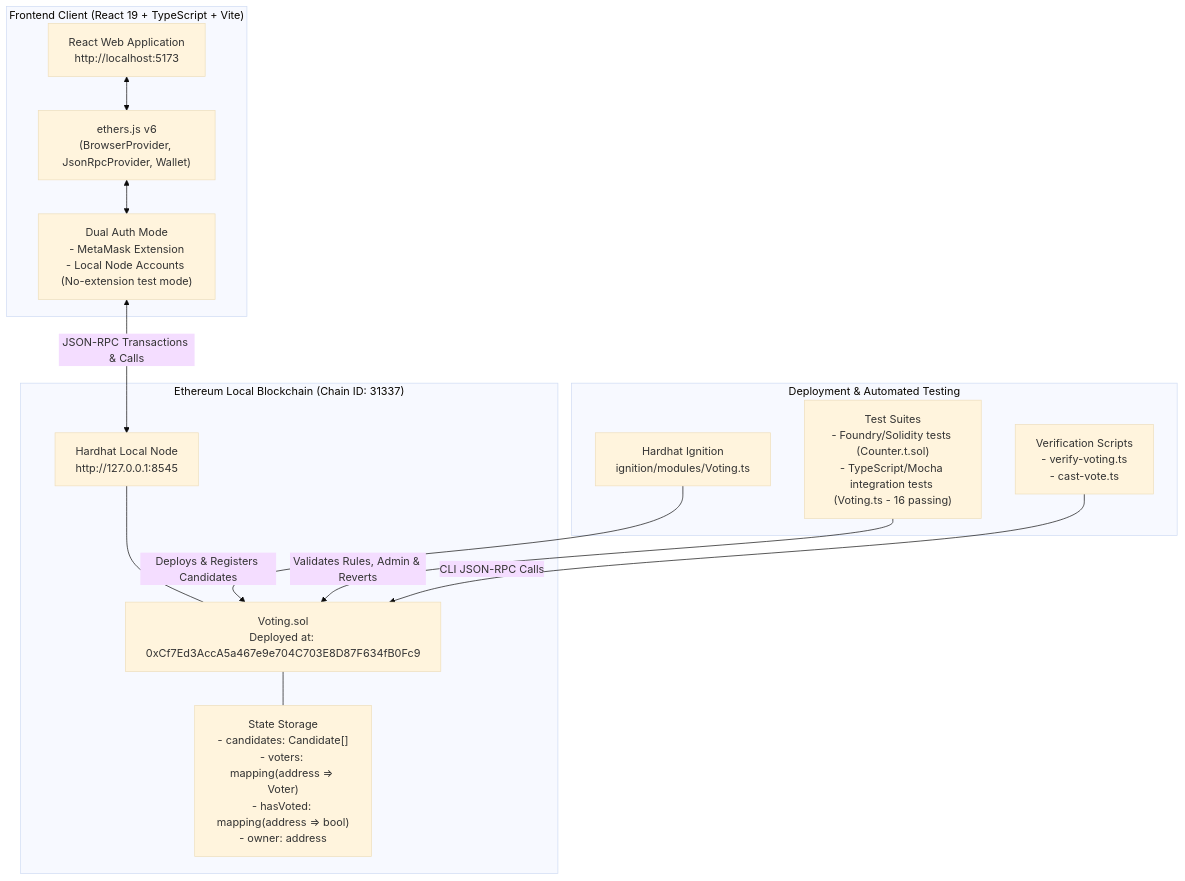
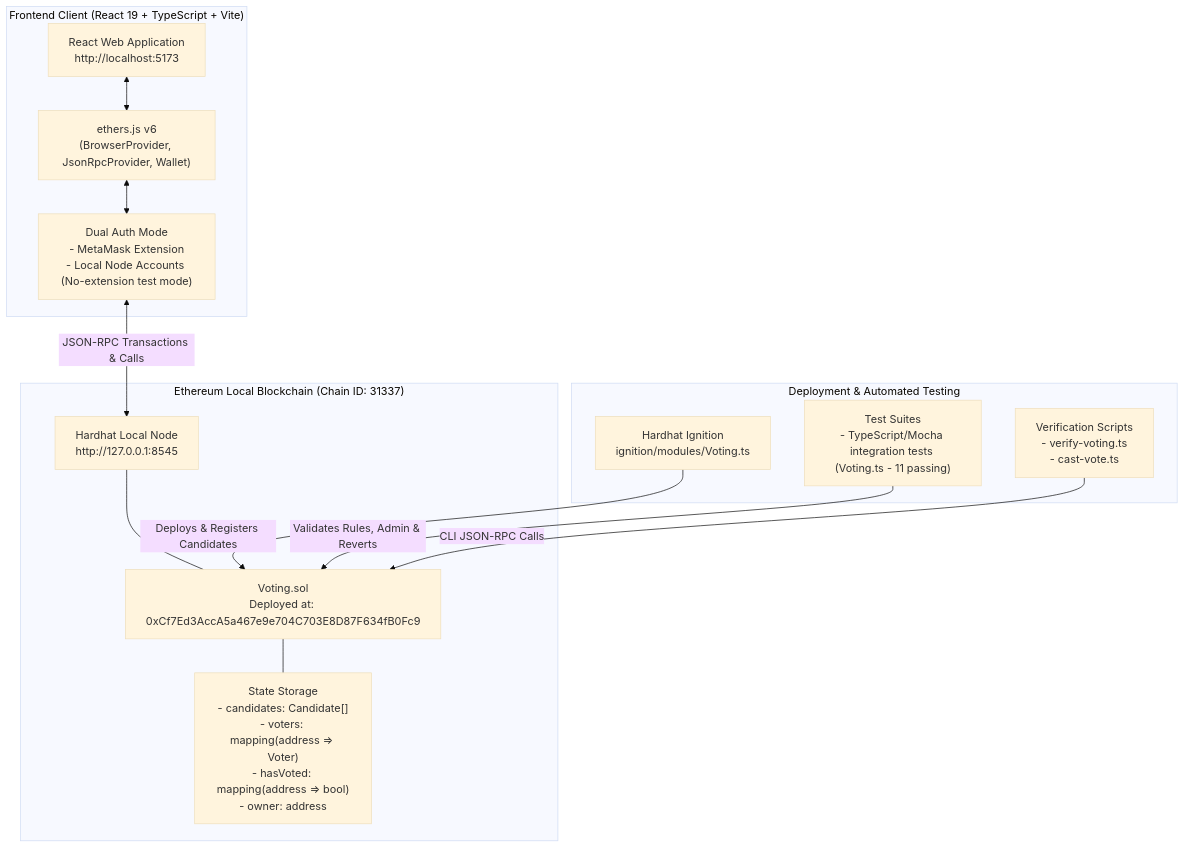
One commit to mahdi-014/Ethereum-Voting-DApp changed the diagram in README.md. Above: the diagram before and after it, drawn with Mermaid (base theme). The commit also changed other lines of this file and 11 other files, not shown here.

````diff
--- a/README.md
+++ b/README.md
@@ -17,29 +17,29 @@
 ```mermaid
 flowchart TD
     subgraph Blockchain_Layer["Ethereum Local Blockchain (Chain ID: 31337)"]
         Node["Hardhat Local Node\nhttp://127.0.0.1:8545"]
         Contract["Voting.sol\nDeployed at: 0xCf7Ed3AccA5a467e9e704C703E8D87F634fB0Fc9"]
         State["State Storage\n- candidates: Candidate[]\n- voters: mapping(address => Voter)\n- hasVoted: mapping(address => bool)\n- owner: address"]
         Node --- Contract
         Contract --- State
     end
 
     subgraph Tooling_Layer["Deployment & Automated Testing"]
         Ignition["Hardhat Ignition\nignition/modules/Voting.ts"]
-        Tests["Test Suites\n- Foundry/Solidity tests (Counter.t.sol)\n- TypeScript/Mocha integration tests (Voting.ts - 16 passing)"]
+        Tests["Test Suites\n- TypeScript/Mocha integration tests (Voting.ts - 11 passing)"]
         Scripts["Verification Scripts\n- verify-voting.ts\n- cast-vote.ts"]
         Ignition -->|Deploys & Registers Candidates| Contract
         Tests -->|Validates Rules, Admin & Reverts| Contract
         Scripts -->|CLI JSON-RPC Calls| Contract
     end
 
     subgraph Client_Layer["Frontend Client (React 19 + TypeScript + Vite)"]
         UI["React Web Application\nhttp://localhost:5173"]
         Ethers["ethers.js v6\n(BrowserProvider, JsonRpcProvider, Wallet)"]
         AuthMode["Dual Auth Mode\n- MetaMask Extension\n- Local Node Accounts (No-extension test mode)"]
         UI <--> Ethers
         Ethers <--> AuthMode
     end
 
     AuthMode <-->|JSON-RPC Transactions & Calls| Node
 ```
````
